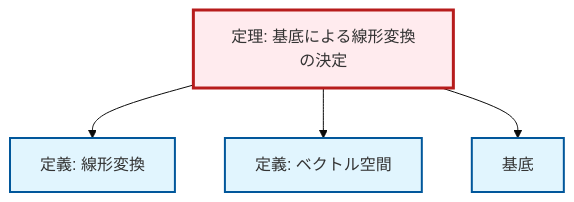
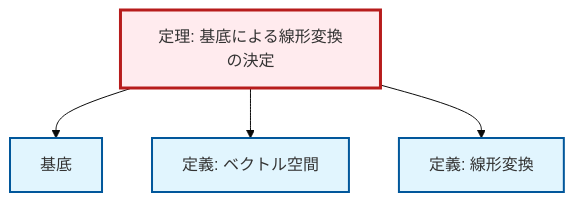
One commit to RK0429/ModernMath changed the diagram in content/ja/algebra/thm-linear-transformation-basis.qmd. Above: the diagram before and after it, drawn with Mermaid (base theme). The commit also changed other lines of this file and 1012 other files, not shown here.

````diff
--- a/content/ja/algebra/thm-linear-transformation-basis.qmd
+++ b/content/ja/algebra/thm-linear-transformation-basis.qmd
@@ -48,20 +48,20 @@
 ```{mermaid}
 %%| fig-cap: "Local dependency graph"
 graph TD
     classDef definition fill:#e1f5fe,stroke:#01579b,stroke-width:2px
     classDef theorem fill:#f3e5f5,stroke:#4a148c,stroke-width:2px
     classDef axiom fill:#fff3e0,stroke:#e65100,stroke-width:2px
     classDef example fill:#e8f5e9,stroke:#1b5e20,stroke-width:2px
     classDef current fill:#ffebee,stroke:#b71c1c,stroke-width:3px
-    def-basis["基底"]:::definition
     def-linear-transformation["定義: 線形変換"]:::definition
     thm-linear-transformation-basis["定理: 基底による線形変換の決定"]:::theorem
+    def-basis["基底"]:::definition
     def-vector-space["定義: ベクトル空間"]:::definition
+    thm-linear-transformation-basis --> def-basis
+    thm-linear-transformation-basis --> def-vector-space
     thm-linear-transformation-basis --> def-linear-transformation
-    thm-linear-transformation-basis --> def-vector-space
-    thm-linear-transformation-basis --> def-basis
     class thm-linear-transformation-basis current
+    click def-linear-transformation "def-linear-transformation.html" "線形変換の定義へ"
     click def-basis "def-basis.html" "基底へ"
-    click def-linear-transformation "def-linear-transformation.html" "線形変換の定義へ"
     click def-vector-space "def-vector-space.html" "ベクトル空間の定義へ"
 ```
````
